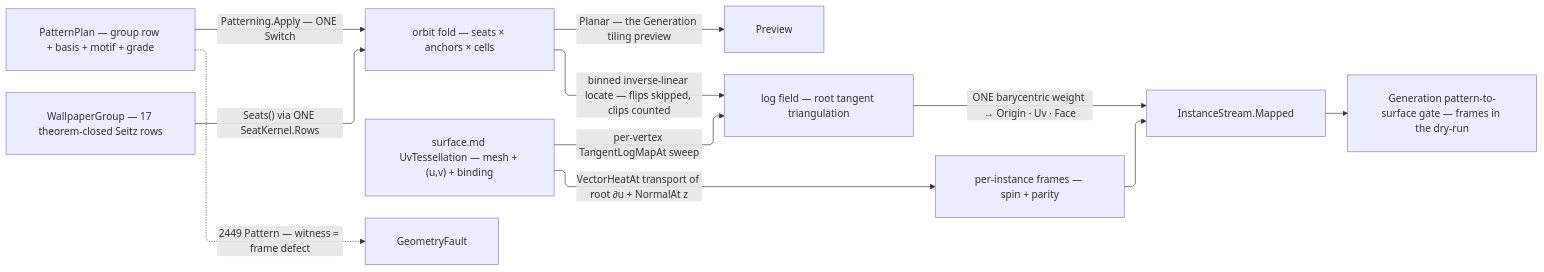
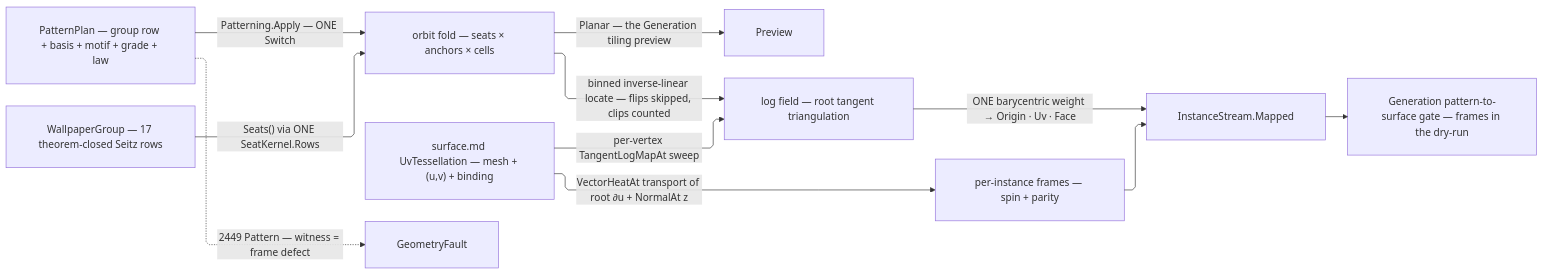
One commit to bsamiee/Rasm changed the diagram in libs/csharp/Rasm/.planning/Parametric/patternmap.md. Above: the diagram before and after it, drawn with Mermaid. The commit also changed other lines of this file and 103 other files, not shown here.

````diff
--- a/libs/csharp/Rasm/.planning/Parametric/patternmap.md
+++ b/libs/csharp/Rasm/.planning/Parametric/patternmap.md
@@ -223,22 +304,22 @@
 ```mermaid
 ---
 config:
   layout: elk
   flowchart:
     curve: linear
     padding: 25
 ---
 flowchart LR
     accTitle: Pattern orbit and mapping flow
     accDescr: PatternPlan drives the wallpaper orbit fold; Orbit emits the planar stream and Map lifts sites through the log field onto the surface with transported frames.
-    Plan["PatternPlan — group row + basis + motif + grade"] -->|"Patterning.Apply — ONE Switch"| Orbit["orbit fold — seats × anchors × cells"]
+    Plan["PatternPlan — group row + basis + motif + grade + law"] -->|"Patterning.Apply — ONE Switch"| Orbit["orbit fold — seats × anchors × cells"]
     Groups["WallpaperGroup — 17 theorem-closed Seitz rows"] -->|"Seats() via ONE SeatKernel.Rows"| Orbit
     Orbit -->|"Planar — the Generation tiling preview"| Preview
     UvT["surface.md UvTessellation — mesh + (u,v) + binding"] -->|"per-vertex TangentLogMapAt sweep"| Log["log field — root tangent triangulation"]
     Orbit -->|"binned inverse-linear locate — flips skipped, clips counted"| Log
     Log -->|"ONE barycentric weight → Origin · Uv · Face"| Stream["InstanceStream.Mapped"]
     UvT -->|"VectorHeatAt transport of root ∂u + NormalAt z"| Frames["per-instance frames — spin + parity"]
     Frames --> Stream
     Stream --> Gate["Generation pattern-to-surface gate — frames in the dry-run"]
     Plan -.->|"2449 Pattern — witness = frame defect"| GeometryFault
 ```
````
